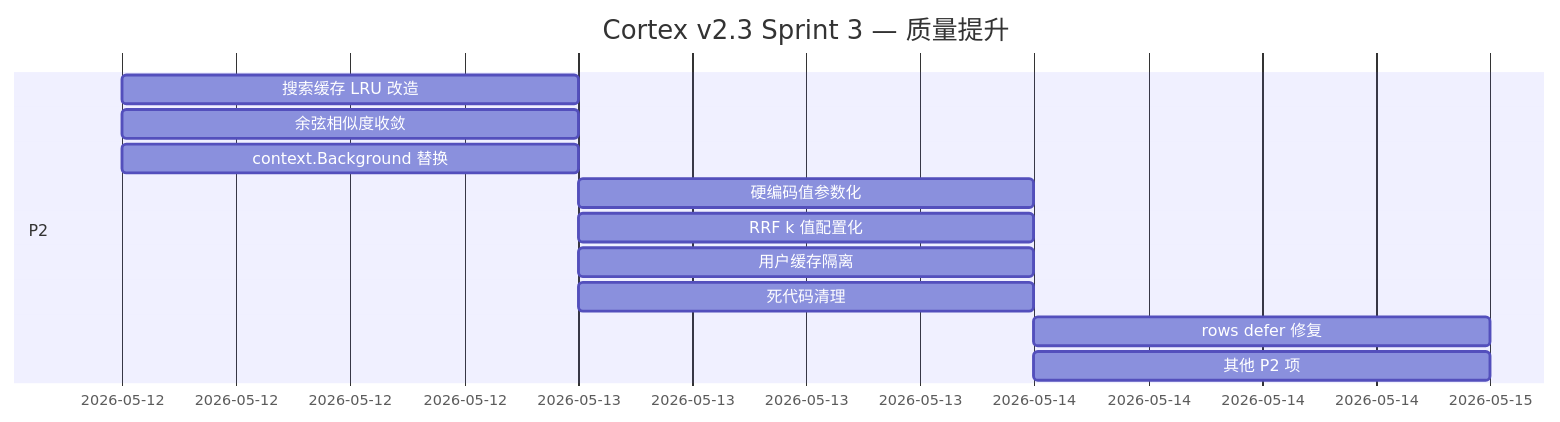
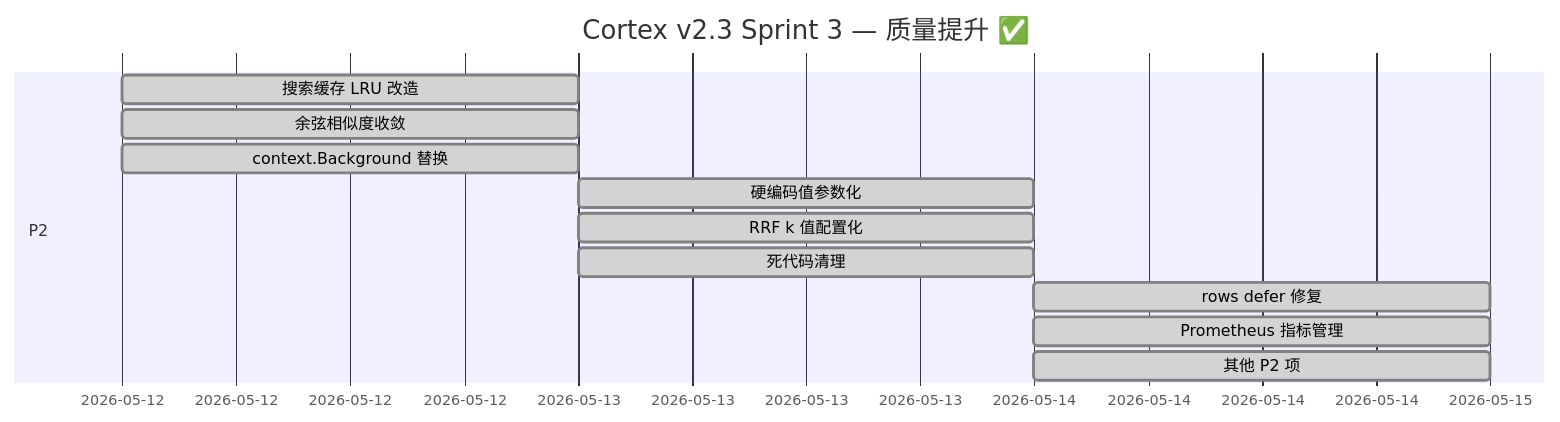
Before and after one commit to lh123aa/cortex: the third of 4 diagrams in ITERATION_PLAN.md, drawn with Mermaid. The commit also changed other lines of this file and 4 other files, not shown here.

````diff
--- a/ITERATION_PLAN.md
+++ b/ITERATION_PLAN.md
@@ -349,15 +347,15 @@
 ```mermaid
 gantt
-    title Cortex v2.3 Sprint 3 — 质量提升
+    title Cortex v2.3 Sprint 3 — 质量提升 ✅
     dateFormat  YYYY-MM-DD
     section P2
-    搜索缓存 LRU 改造                      :d1, 2026-05-12, 1d
-    余弦相似度收敛                          :d2, 2026-05-12, 0.5d
-    context.Background 替换                :d3, 2026-05-12, 0.5d
-    硬编码值参数化                          :d4, 2026-05-13, 1d
-    RRF k 值配置化                          :d5, 2026-05-13, 0.5d
-    用户缓存隔离                            :d6, 2026-05-13, 0.5d
-    死代码清理                              :d7, 2026-05-13, 0.5d
-    rows defer 修复                        :d8, 2026-05-14, 0.5d
-    其他 P2 项                              :d9, 2026-05-14, 1d
+    搜索缓存 LRU 改造                      :done, d1, 2026-05-12, 1d
+    余弦相似度收敛                          :done, d2, 2026-05-12, 0.5d
+    context.Background 替换                :done, d3, 2026-05-12, 0.5d
+    硬编码值参数化                          :done, d4, 2026-05-13, 1d
+    RRF k 值配置化                          :done, d5, 2026-05-13, 0.5d
+    死代码清理                              :done, d6, 2026-05-13, 0.5d
+    rows defer 修复                        :done, d7, 2026-05-14, 0.5d
+    Prometheus 指标管理                     :done, d8, 2026-05-14, 0.5d
+    其他 P2 项                              :done, d9, 2026-05-14, 1d
 ```
````
